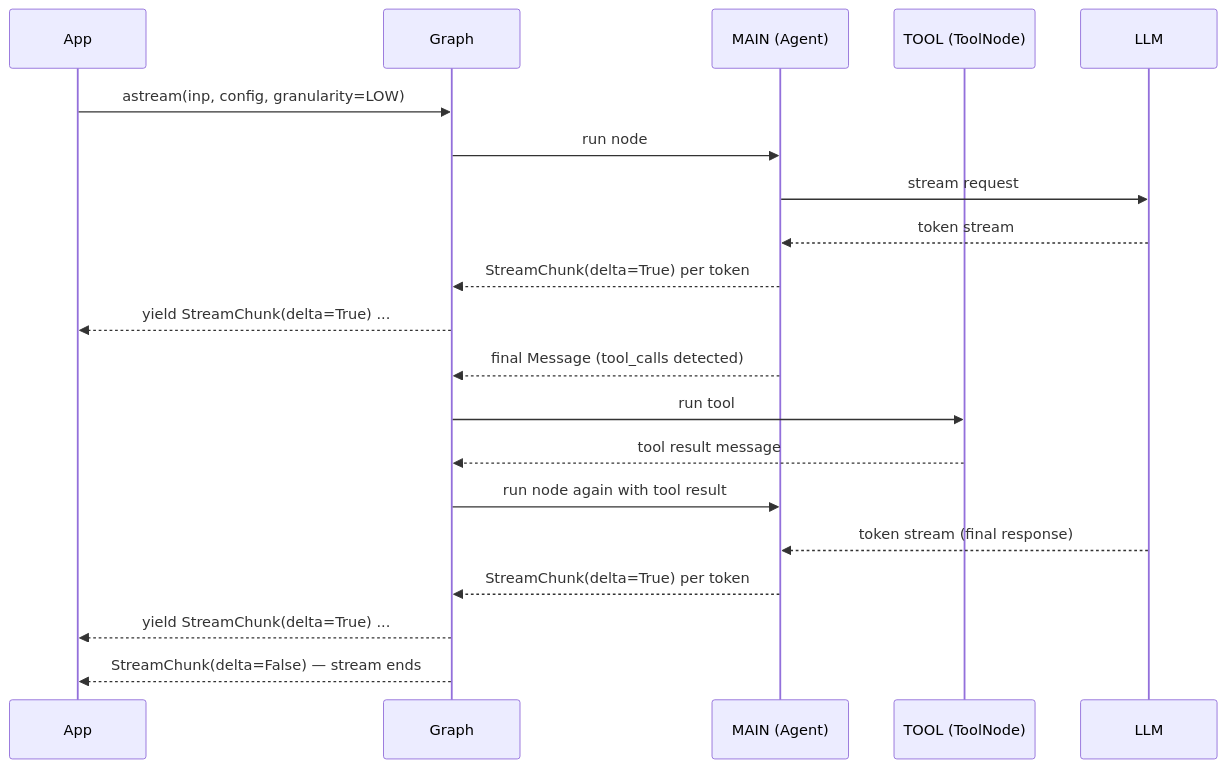
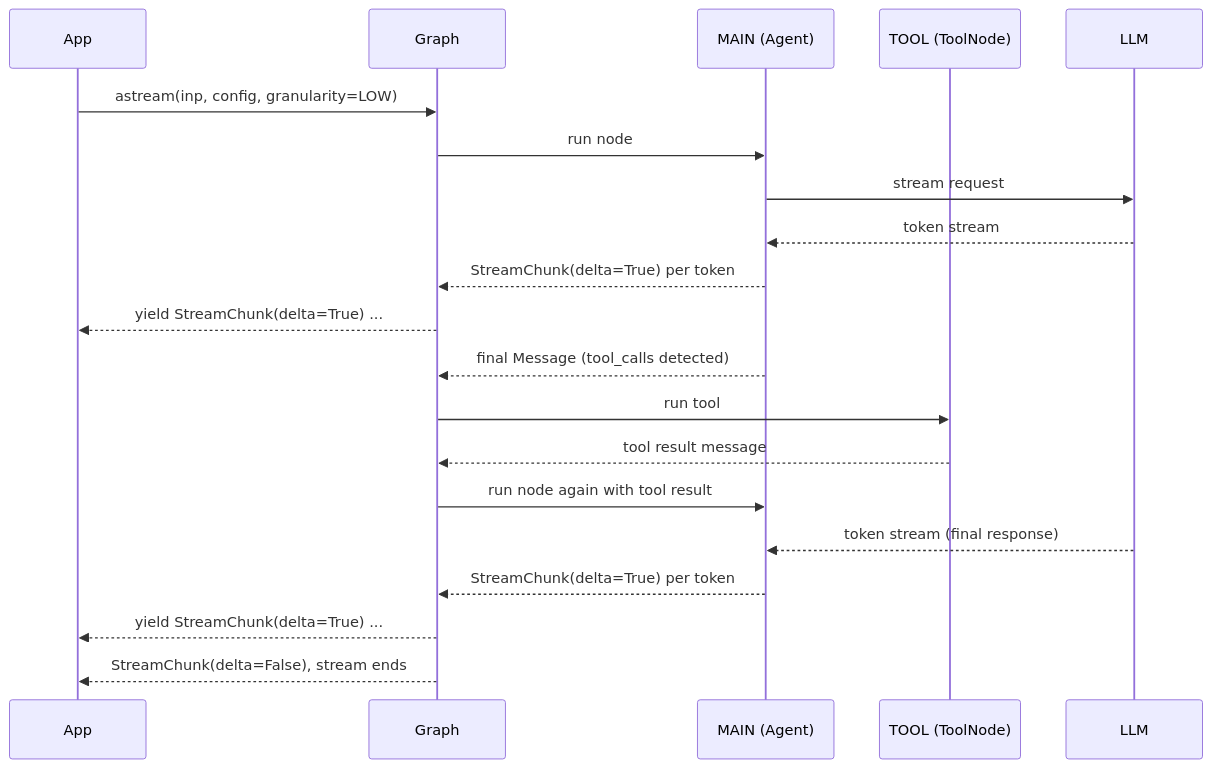
Before and after one commit to 10xHub/agentflow-docs: the third of 3 diagrams in src/content/docs/tutorials/from-examples/react-streaming.md, drawn with Mermaid. The commit also changed other lines of this file and 248 other files, not shown here.

````diff
--- a/src/content/docs/tutorials/from-examples/react-streaming.md
+++ b/src/content/docs/tutorials/from-examples/react-streaming.md
@@ -232,23 +274,23 @@
 ```mermaid
 sequenceDiagram
     participant App
     participant Graph
     participant MAIN as MAIN (Agent)
     participant TOOL as TOOL (ToolNode)
     participant LLM
 
     App->>Graph: astream(inp, config, granularity=LOW)
     Graph->>MAIN: run node
     MAIN->>LLM: stream request
     LLM-->>MAIN: token stream
     MAIN-->>Graph: StreamChunk(delta=True) per token
     Graph-->>App: yield StreamChunk(delta=True) ...
     MAIN-->>Graph: final Message (tool_calls detected)
     Graph->>TOOL: run tool
     TOOL-->>Graph: tool result message
     Graph->>MAIN: run node again with tool result
     LLM-->>MAIN: token stream (final response)
     MAIN-->>Graph: StreamChunk(delta=True) per token
     Graph-->>App: yield StreamChunk(delta=True) ...
-    Graph-->>App: StreamChunk(delta=False) — stream ends
+    Graph-->>App: StreamChunk(delta=False), stream ends
 ```
````
